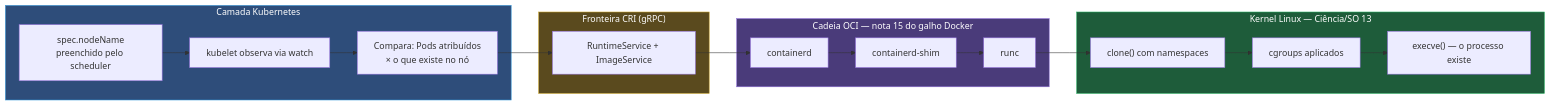
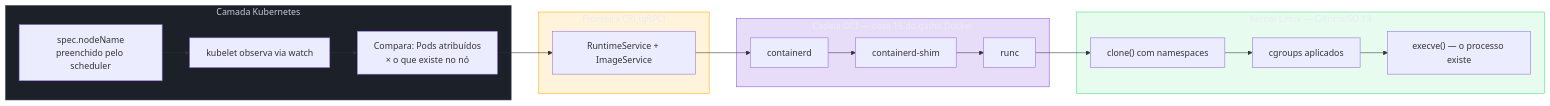
The third of 6 diagrams in 03-Dominios/Tecnologia/Infraestrutura/Kubernetes/17 - O kubelet e o nó.md (josenaldo/codex-technomanticus), drawn with Mermaid before and after one commit. The commit also changed other lines of this file and 1181 other files, not shown here.

First line of the commit message:
fix(diagramas): paleta do sistema no lugar de cor cravada no markdown

````diff
--- a/03-Dominios/Tecnologia/Infraestrutura/Kubernetes/17 - O kubelet e o nó.md
+++ b/03-Dominios/Tecnologia/Infraestrutura/Kubernetes/17 - O kubelet e o nó.md
@@ -110,25 +112,29 @@
 ```mermaid
 flowchart LR
+    classDef neutro fill:#1B2029,stroke:#4E5666,color:#C6CCD8
+    classDef destaque fill:#FFAA0024,stroke:#FFAA00,color:#E9ECF2
+    classDef marca fill:#8855DF33,stroke:#8855DF,color:#E9ECF2
+    classDef ok fill:#4ADE8021,stroke:#4ADE80,color:#E9ECF2
     subgraph K8S["Camada Kubernetes"]
         SN["spec.nodeName<br/>preenchido pelo scheduler"] --> KL["kubelet observa via watch"]
         KL --> DEC["Compara: Pods atribuídos<br/>× o que existe no nó"]
     end
     subgraph CRI_L["Fronteira CRI (gRPC)"]
         DEC --> CRI["RuntimeService + ImageService"]
     end
     subgraph OCI_L["Cadeia OCI — nota 15 do galho Docker"]
         CRI --> CD["containerd"]
         CD --> SH["containerd-shim"]
         SH --> RC["runc"]
     end
     subgraph KERNEL["Kernel Linux — Ciência/SO 13"]
         RC --> NS["clone() com namespaces"]
         NS --> CG["cgroups aplicados"]
         CG --> EXEC["execve() — o processo existe"]
     end
 
-    style K8S fill:#2e4d7a,stroke:#3498db,color:#fff
-    style CRI_L fill:#5a4a1e,stroke:#c9a227,color:#fff
-    style OCI_L fill:#4a3b7a,stroke:#8e6fd6,color:#fff
-    style KERNEL fill:#1e5c3a,stroke:#27ae60,color:#fff
+    class K8S neutro
+    class CRI_L destaque
+    class OCI_L marca
+    class KERNEL ok
 ```
````
